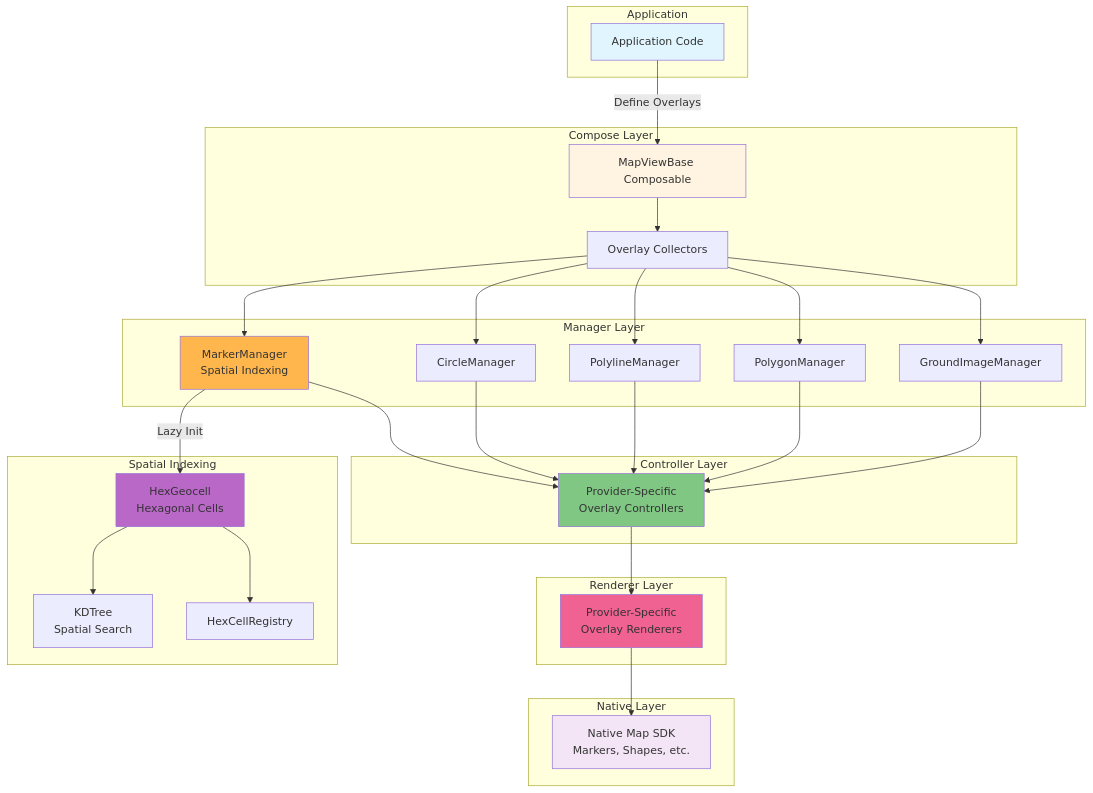
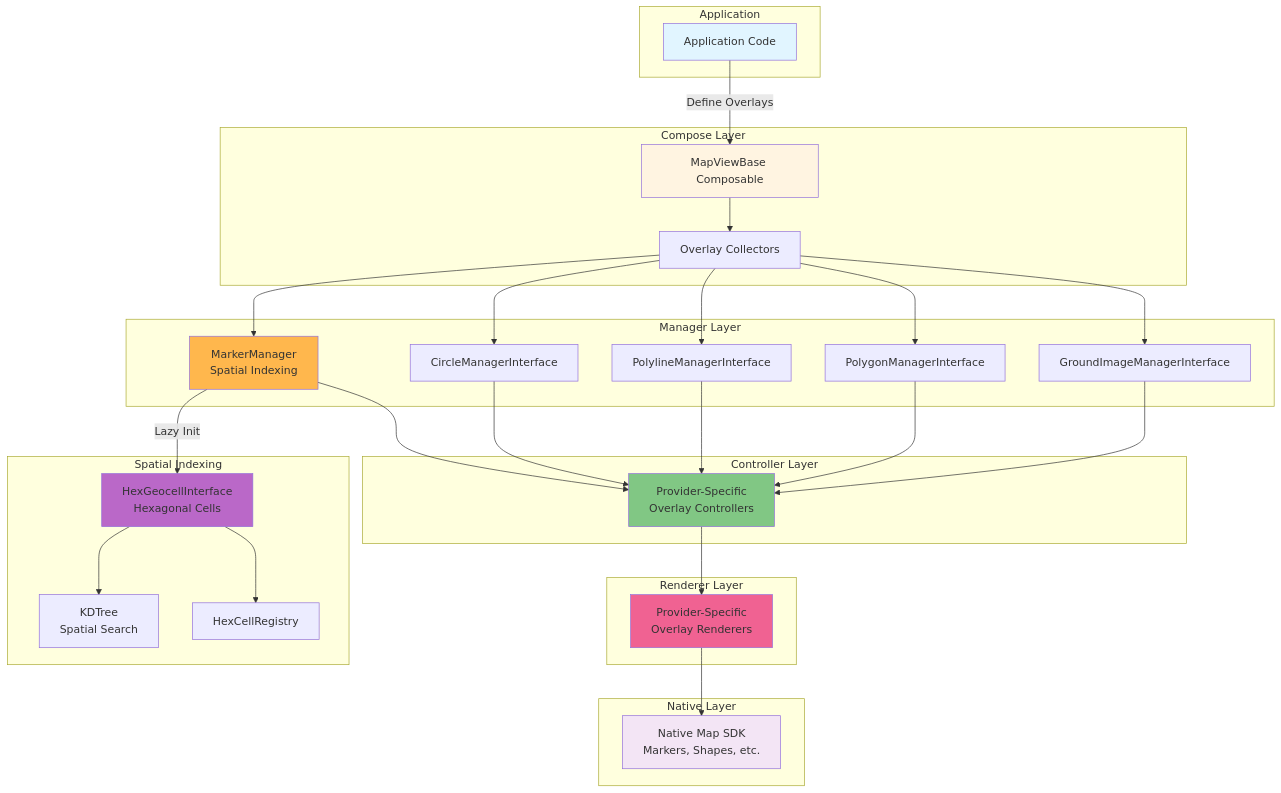
One commit to MapConductor/android-sdk changed the fifth of 11 diagrams in ARCHITECTURE.md. Above: the diagram before and after it, drawn with Mermaid. The commit also changed other lines of this file and 596 other files, not shown here.

````diff
--- a/ARCHITECTURE.md
+++ b/ARCHITECTURE.md
@@ -304,66 +304,66 @@
 ```mermaid
 graph TB
     subgraph Application
         APP[Application Code]
     end
 
     subgraph Compose Layer
         MAPVIEW[MapViewBase Composable]
         COLLECTOR[Overlay Collectors]
     end
 
     subgraph Manager Layer
         MARKER_MGR[MarkerManager<br/>Spatial Indexing]
-        CIRCLE_MGR[CircleManager]
-        POLYLINE_MGR[PolylineManager]
-        POLYGON_MGR[PolygonManager]
-        GROUND_MGR[GroundImageManager]
+        CIRCLE_MGR[CircleManagerInterface]
+        POLYLINE_MGR[PolylineManagerInterface]
+        POLYGON_MGR[PolygonManagerInterface]
+        GROUND_MGR[GroundImageManagerInterface]
     end
 
     subgraph Spatial Indexing
-        HEX[HexGeocell<br/>Hexagonal Cells]
+        HEX[HexGeocellInterface<br/>Hexagonal Cells]
         KDTREE[KDTree<br/>Spatial Search]
         REGISTRY[HexCellRegistry]
     end
 
     subgraph Controller Layer
         CONTROLLERS[Provider-Specific<br/>Overlay Controllers]
     end
 
     subgraph Renderer Layer
         RENDERERS[Provider-Specific<br/>Overlay Renderers]
     end
 
     subgraph Native Layer
         NATIVE[Native Map SDK<br/>Markers, Shapes, etc.]
     end
 
     APP -->|Define Overlays| MAPVIEW
     MAPVIEW --> COLLECTOR
     COLLECTOR --> MARKER_MGR
     COLLECTOR --> CIRCLE_MGR
     COLLECTOR --> POLYLINE_MGR
     COLLECTOR --> POLYGON_MGR
     COLLECTOR --> GROUND_MGR
 
     MARKER_MGR -->|Lazy Init| HEX
     HEX --> KDTREE
     HEX --> REGISTRY
 
     MARKER_MGR --> CONTROLLERS
     CIRCLE_MGR --> CONTROLLERS
     POLYLINE_MGR --> CONTROLLERS
     POLYGON_MGR --> CONTROLLERS
     GROUND_MGR --> CONTROLLERS
 
     CONTROLLERS --> RENDERERS
     RENDERERS --> NATIVE
 
     style APP fill:#e1f5ff
     style MAPVIEW fill:#fff4e1
     style MARKER_MGR fill:#ffb74d
     style HEX fill:#ba68c8
     style CONTROLLERS fill:#81c784
     style RENDERERS fill:#f06292
     style NATIVE fill:#f3e5f5
 ```
````
